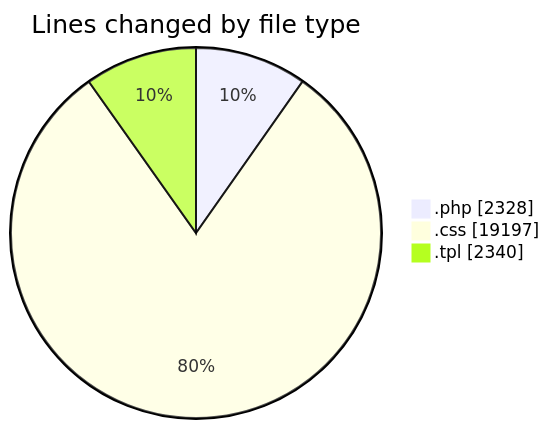
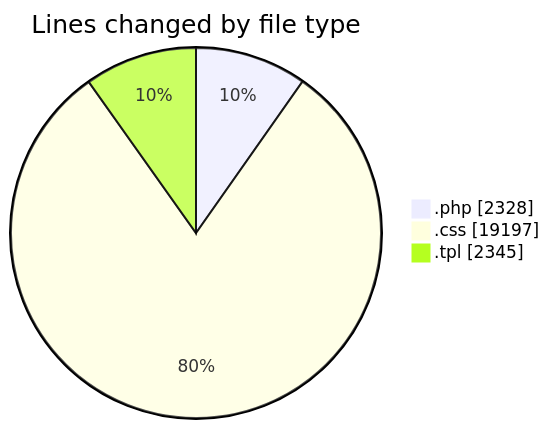
Before and after one commit to vahidmafi/code-tracking: the first of 2 diagrams in 2025-03-23/zeytoon/README.md, drawn with Mermaid. The commit also changed other lines of this file and 1 other file, not shown here.

````diff
--- a/2025-03-23/zeytoon/README.md
+++ b/2025-03-23/zeytoon/README.md
@@ -24,7 +24,7 @@
 ```mermaid
 pie showData
 title Lines changed by file type
 ".php" : 2328
 ".css" : 19197
-".tpl" : 2340
+".tpl" : 2345
 ```
````
